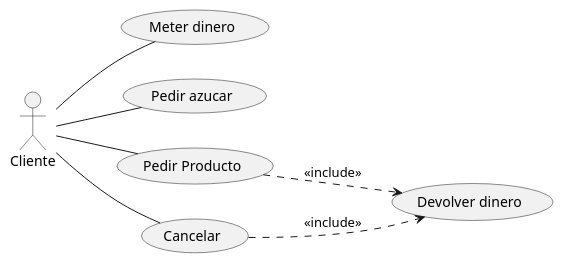
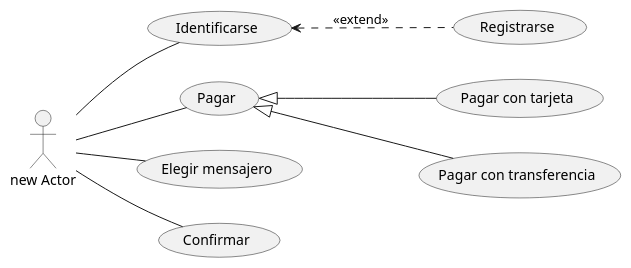
The diagram in casosdeusoI.puml (sandrasd89/CasosDeUsoI), drawn with PlantUML before and after one commit.

Commit message:
creado tienda en internet

```diff
--- a/casosdeusoI.puml
+++ b/casosdeusoI.puml
@@ -1,12 +1,13 @@
 @startuml
 
 left to right direction
-:Cliente:
-:Cliente: -- (Meter dinero)
-:Cliente: -- (Pedir azucar)
-:Cliente: -- (Pedir Producto)
-:Cliente: -- (Cancelar)
-(Pedir Producto) ..>(Devolver dinero) : <<include>>
-(Cancelar) ..> (Devolver dinero) : <<include>>
+
+:new Actor: -- (Identificarse)
+:new Actor: -- (Pagar)
+:new Actor: -- (Elegir mensajero)
+:new Actor: -- (Confirmar)
+(Identificarse) <.. (Registrarse) : <<extend>>
+(Pagar) <|-- (Pagar con tarjeta)
+(Pagar) <|-- (Pagar con transferencia)
 
 @enduml
```
